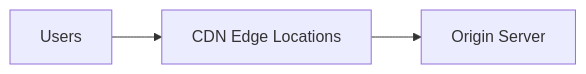
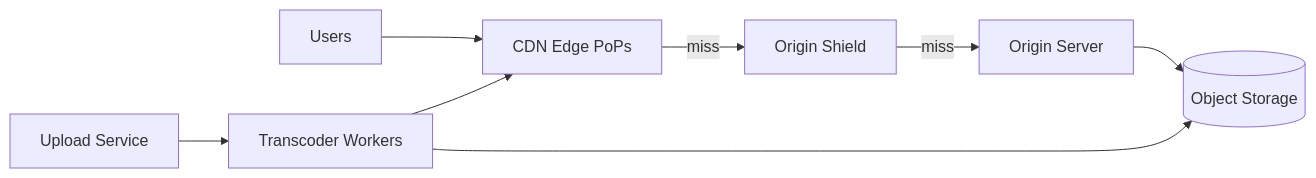
One commit to huangsam/systology changed the diagram in site/content/designs/cdn-media.md. Above: the diagram before and after it, drawn with Mermaid. The commit also changed other lines of this file, not shown here.

Commit message:
Implement cdn-media.md

```diff
--- a/site/content/designs/cdn-media.md
+++ b/site/content/designs/cdn-media.md
@@ -22,5 +22,10 @@
 {{< mermaid >}}
 graph LR
-  Users[Users] --> CDN[CDN Edge Locations]
-  CDN --> Origin[Origin Server]
+  Users[Users] --> CDN[CDN Edge PoPs]
+  CDN -->|miss| Shield[Origin Shield]
+  Shield -->|miss| Origin[Origin Server]
+  Origin --> ObjectStore[(Object Storage)]
+  Uploader[Upload Service] --> Transcoder[Transcoder Workers]
+  Transcoder --> ObjectStore
+  Transcoder --> CDN
 {{< /mermaid >}}
```
